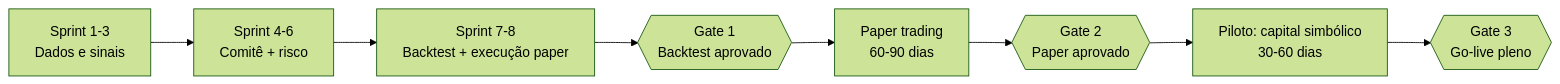
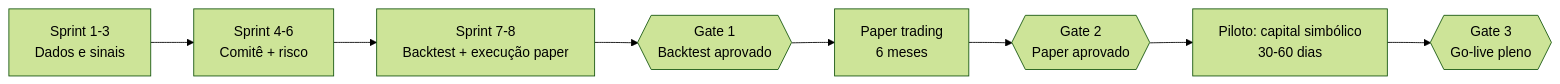
The diagram in IMPLEMENTACAO-VALIDACAO-GOLIVE.md (pegoraroLenzi/autosearch-apk), drawn with Mermaid (forest theme) before and after one commit. The commit also changed other lines of this file and 2 other files, not shown here.

First line of the commit message:
Define ponto 4: arquivo point-in-time, pré-registro e paper de 6 meses

````diff
--- a/IMPLEMENTACAO-VALIDACAO-GOLIVE.md
+++ b/IMPLEMENTACAO-VALIDACAO-GOLIVE.md
@@ -15,10 +15,10 @@
 ```mermaid
 flowchart LR
     S1[Sprint 1-3<br/>Dados e sinais] --> S2[Sprint 4-6<br/>Comitê + risco]
     S2 --> S3[Sprint 7-8<br/>Backtest + execução paper]
     S3 --> G1{{Gate 1<br/>Backtest aprovado}}
-    G1 --> PT[Paper trading<br/>60-90 dias]
+    G1 --> PT[Paper trading<br/>6 meses]
     PT --> G2{{Gate 2<br/>Paper aprovado}}
     G2 --> PILOT[Piloto: capital simbólico<br/>30-60 dias]
     PILOT --> G3{{Gate 3<br/>Go-live pleno}}
 ```
````
